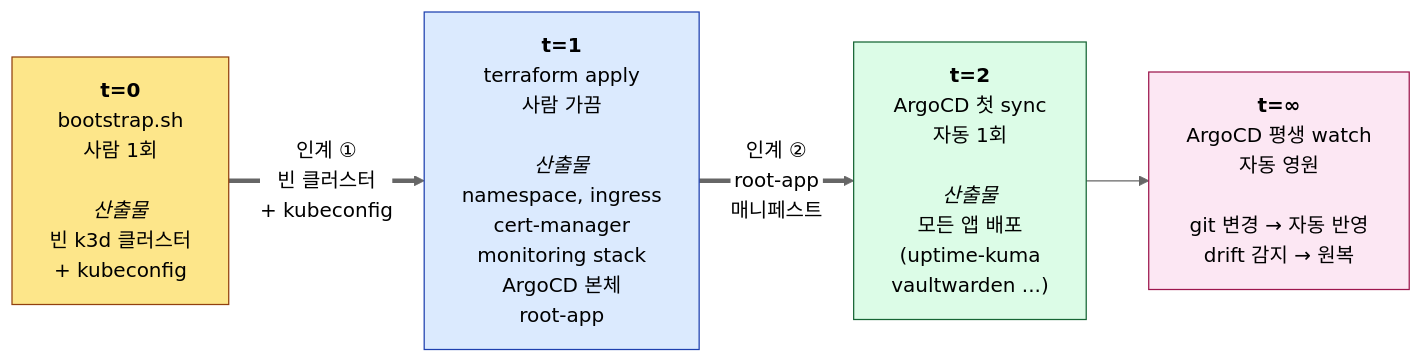
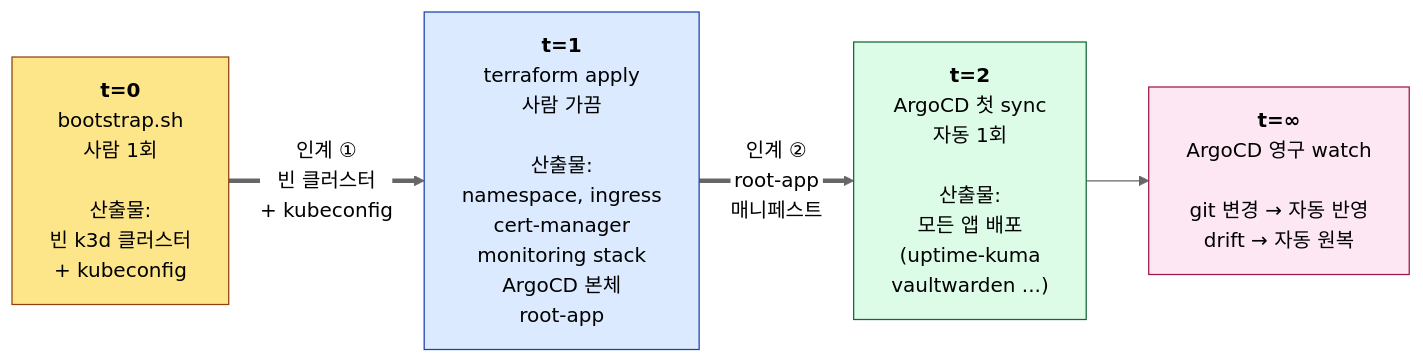
Before and after one commit to currenjin/currenjin.github.io: the eighth of 13 diagrams in _wiki/homelab.md, drawn with Mermaid (neutral theme). The commit also changed other lines of this file, not shown here.

````diff
--- a/_wiki/homelab.md
+++ b/_wiki/homelab.md
@@ -591,20 +354,20 @@
 ```mermaid
 flowchart LR
-  T0["<b>t=0</b><br/>bootstrap.sh<br/>사람 1회<br/><br/><i>산출물</i><br/>빈 k3d 클러스터<br/>+ kubeconfig"]
-  T1["<b>t=1</b><br/>terraform apply<br/>사람 가끔<br/><br/><i>산출물</i><br/>namespace, ingress<br/>cert-manager<br/>monitoring stack<br/>ArgoCD 본체<br/>root-app"]
-  T2["<b>t=2</b><br/>ArgoCD 첫 sync<br/>자동 1회<br/><br/><i>산출물</i><br/>모든 앱 배포<br/>(uptime-kuma<br/>vaultwarden ...)"]
-  Tinf["<b>t=∞</b><br/>ArgoCD 평생 watch<br/>자동 영원<br/><br/>git 변경 → 자동 반영<br/>drift 감지 → 원복"]
+  T0["<b>t=0</b><br/>bootstrap.sh<br/>사람 1회<br/><br/>산출물:<br/>빈 k3d 클러스터<br/>+ kubeconfig"]
+  T1["<b>t=1</b><br/>terraform apply<br/>사람 가끔<br/><br/>산출물:<br/>namespace, ingress<br/>cert-manager<br/>monitoring stack<br/>ArgoCD 본체<br/>root-app"]
+  T2["<b>t=2</b><br/>ArgoCD 첫 sync<br/>자동 1회<br/><br/>산출물:<br/>모든 앱 배포<br/>(uptime-kuma<br/>vaultwarden ...)"]
+  Tinf["<b>t=∞</b><br/>ArgoCD 영구 watch<br/><br/>git 변경 → 자동 반영<br/>drift → 자동 원복"]
 
   T0 == "인계 ①<br/>빈 클러스터<br/>+ kubeconfig" ==> T1
   T1 == "인계 ②<br/>root-app<br/>매니페스트" ==> T2
   T2 --> Tinf
 
   classDef once fill:#fde68a,stroke:#92400e,color:#000
   classDef occasional fill:#dbeafe,stroke:#1e40af,color:#000
   classDef auto fill:#dcfce7,stroke:#166534,color:#000
   classDef forever fill:#fce7f3,stroke:#9d174d,color:#000
   class T0 once
   class T1 occasional
   class T2 auto
   class Tinf forever
 ```
````
